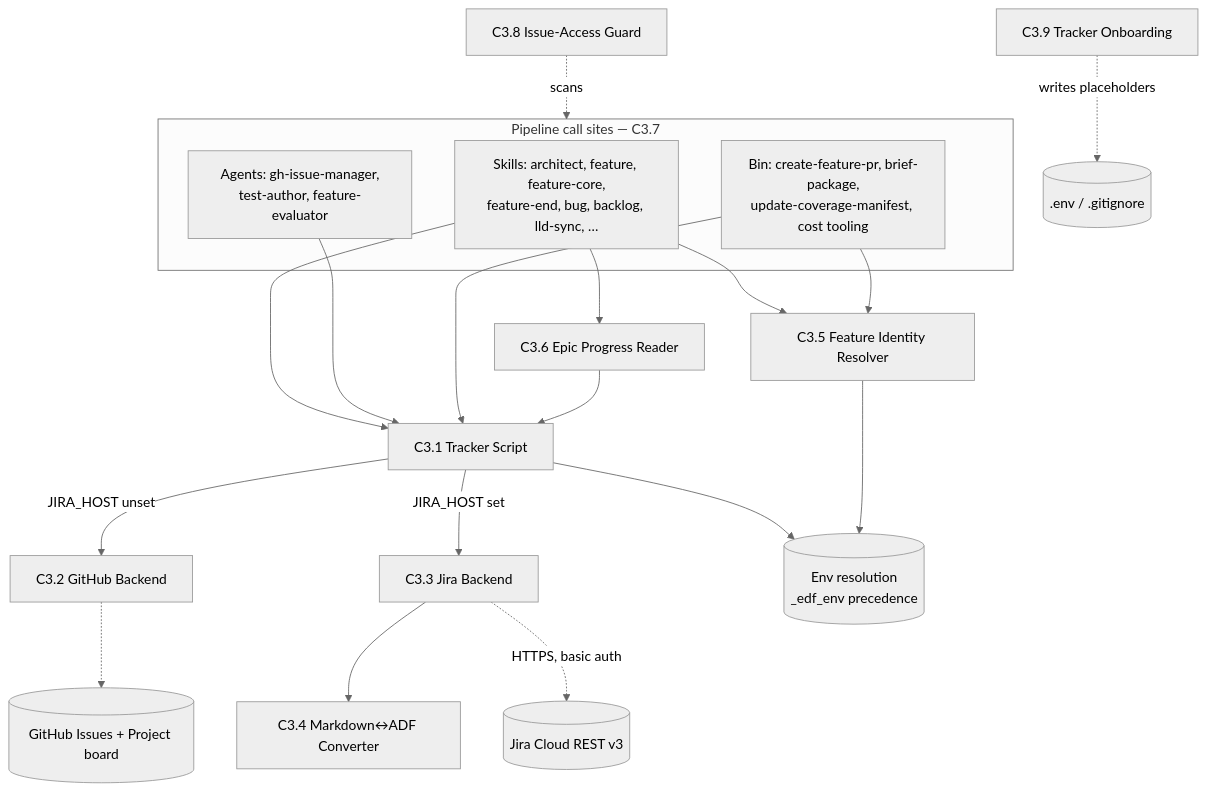
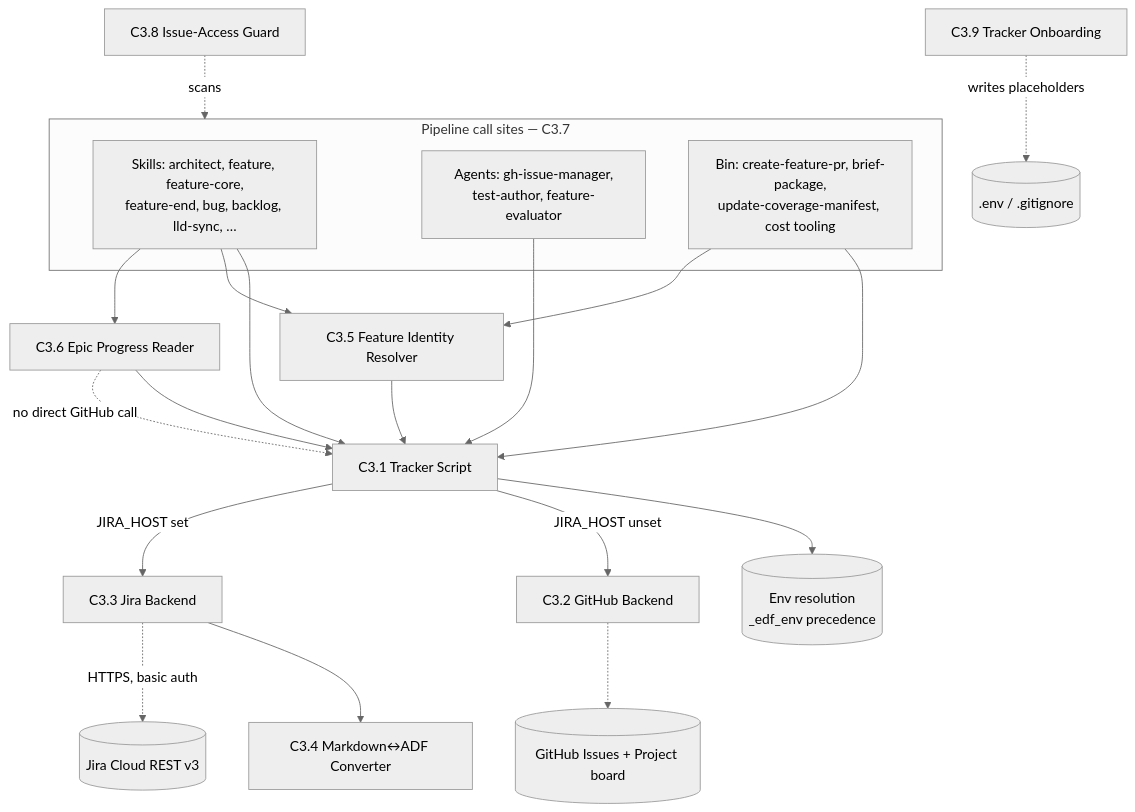
One commit to mironyx/engineering-delivery-framework changed the first of 4 diagrams in plugins/edf/docs/design/v3/v3-design.md. Above: the diagram before and after it, drawn with Mermaid (neutral theme). The commit also changed other lines of this file, not shown here.

````diff
--- a/plugins/edf/docs/design/v3/v3-design.md
+++ b/plugins/edf/docs/design/v3/v3-design.md
@@ -98,35 +116,36 @@
 ```mermaid
 graph TD
   subgraph callers[Pipeline call sites — C3.7]
     SK[Skills: architect, feature, feature-core,<br/>feature-end, bug, backlog, lld-sync, …]
     AG[Agents: gh-issue-manager,<br/>test-author, feature-evaluator]
     BN[Bin: create-feature-pr, brief-package,<br/>update-coverage-manifest, cost tooling]
   end
   SU[C3.9 Tracker Onboarding]
   GT[C3.8 Issue-Access Guard]
 
   TS[C3.1 Tracker Script]
   GH[C3.2 GitHub Backend]
   JB[C3.3 Jira Backend]
   CV[C3.4 Markdown↔ADF Converter]
   EP[C3.6 Epic Progress Reader]
   FI[C3.5 Feature Identity Resolver]
   ENV[(Env resolution<br/>_edf_env precedence)]
 
   SK --> TS
   AG --> TS
   BN --> TS
   SK --> FI
   BN --> FI
   SK --> EP
   EP --> TS
   TS --> ENV
-  FI --> ENV
+  FI --> TS
+  EP -.no direct GitHub call.-> TS
   TS -->|JIRA_HOST unset| GH
   TS -->|JIRA_HOST set| JB
   JB --> CV
   GH -.-> GHAPI[(GitHub Issues + Project board)]
   JB -.HTTPS, basic auth.-> JAPI[(Jira Cloud REST v3)]
   SU -.writes placeholders.-> DOTENV[(.env / .gitignore)]
   GT -.scans.-> callers
 ```
````
